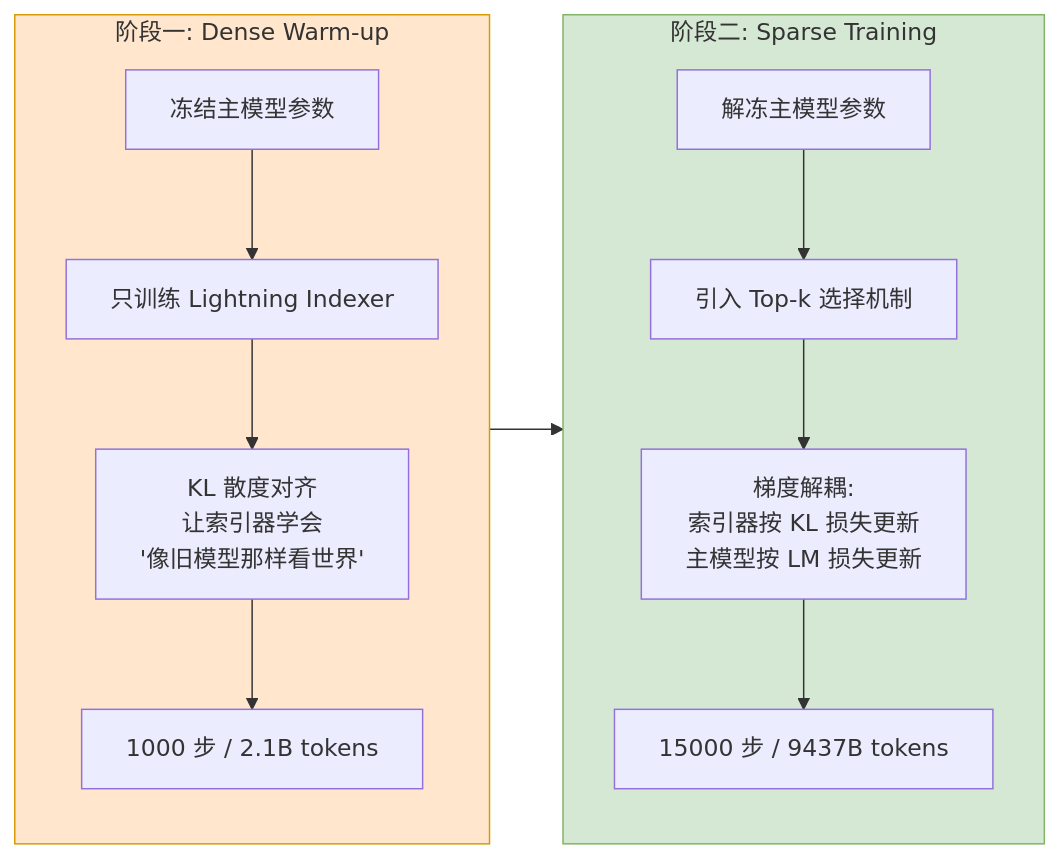
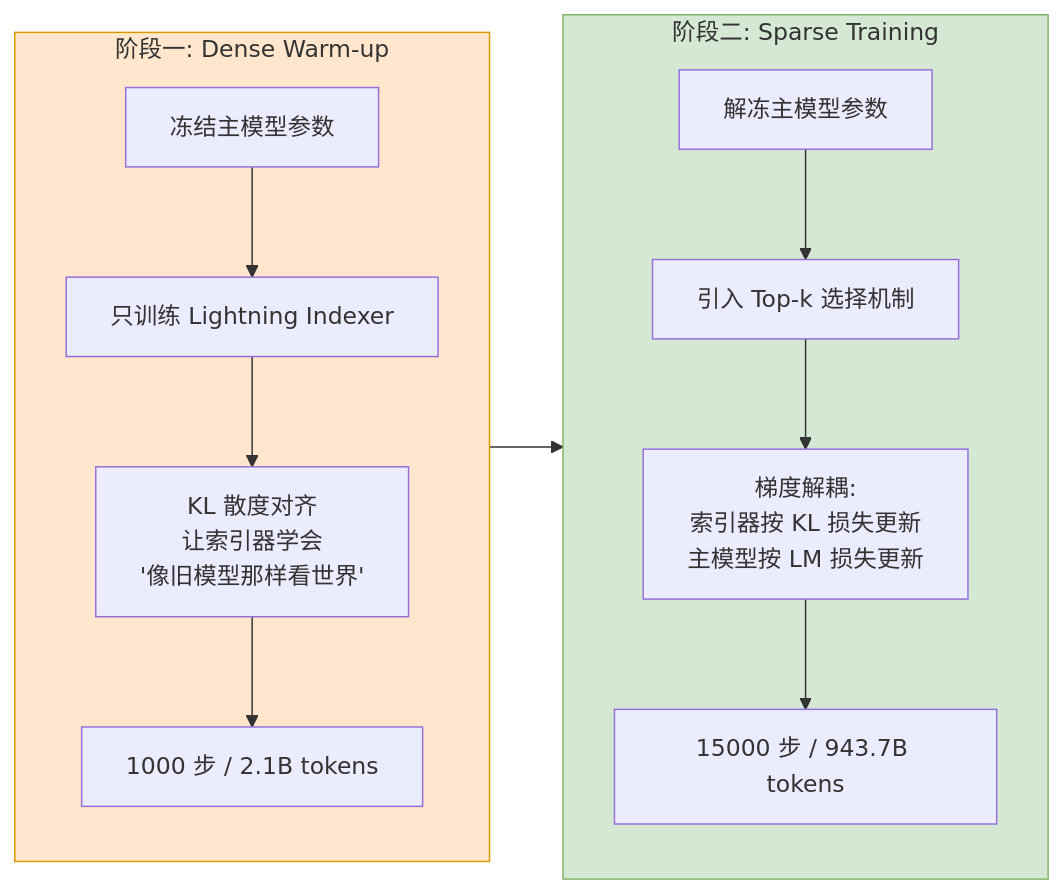
The second of 3 diagrams in modules/dsa/README.md (husichao666/AI_learning_notebook), drawn with Mermaid before and after one commit. The commit also changed other lines of this file and 5 other files, not shown here.

First line of the commit message:
docs(dsa): 新增矩阵图/架构图，参考 DeepSeek-V3.2 官方图重画并校订正文

````diff
--- a/modules/dsa/README.md
+++ b/modules/dsa/README.md
@@ -343,19 +465,20 @@
 ```mermaid
+%%{init: {'theme':'default'}}%%
 graph LR
     subgraph Phase1 [阶段一: Dense Warm-up]
         D1["冻结主模型参数"] --> D2["只训练 Lightning Indexer"]
         D2 --> D3["KL 散度对齐<br/>让索引器学会<br/>'像旧模型那样看世界'"]
         D3 --> D4["1000 步 / 2.1B tokens"]
     end
 
     subgraph Phase2 [阶段二: Sparse Training]
         S1["解冻主模型参数"] --> S2["引入 Top-k 选择机制"]
         S2 --> S3["梯度解耦:<br/>索引器按 KL 损失更新<br/>主模型按 LM 损失更新"]
-        S3 --> S4["15000 步 / 9437B tokens"]
+        S3 --> S4["15000 步 / 943.7B tokens"]
     end
 
     Phase1 --> Phase2
 
     style Phase1 fill:#ffe6cc,stroke:#d79b00
     style Phase2 fill:#d5e8d4,stroke:#82b366
 ```
````
